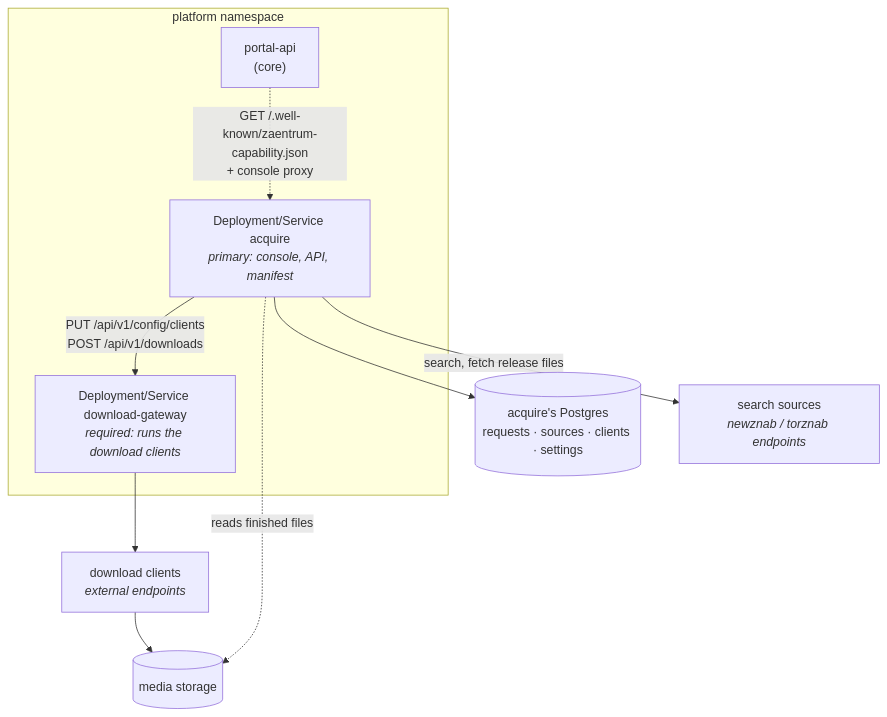
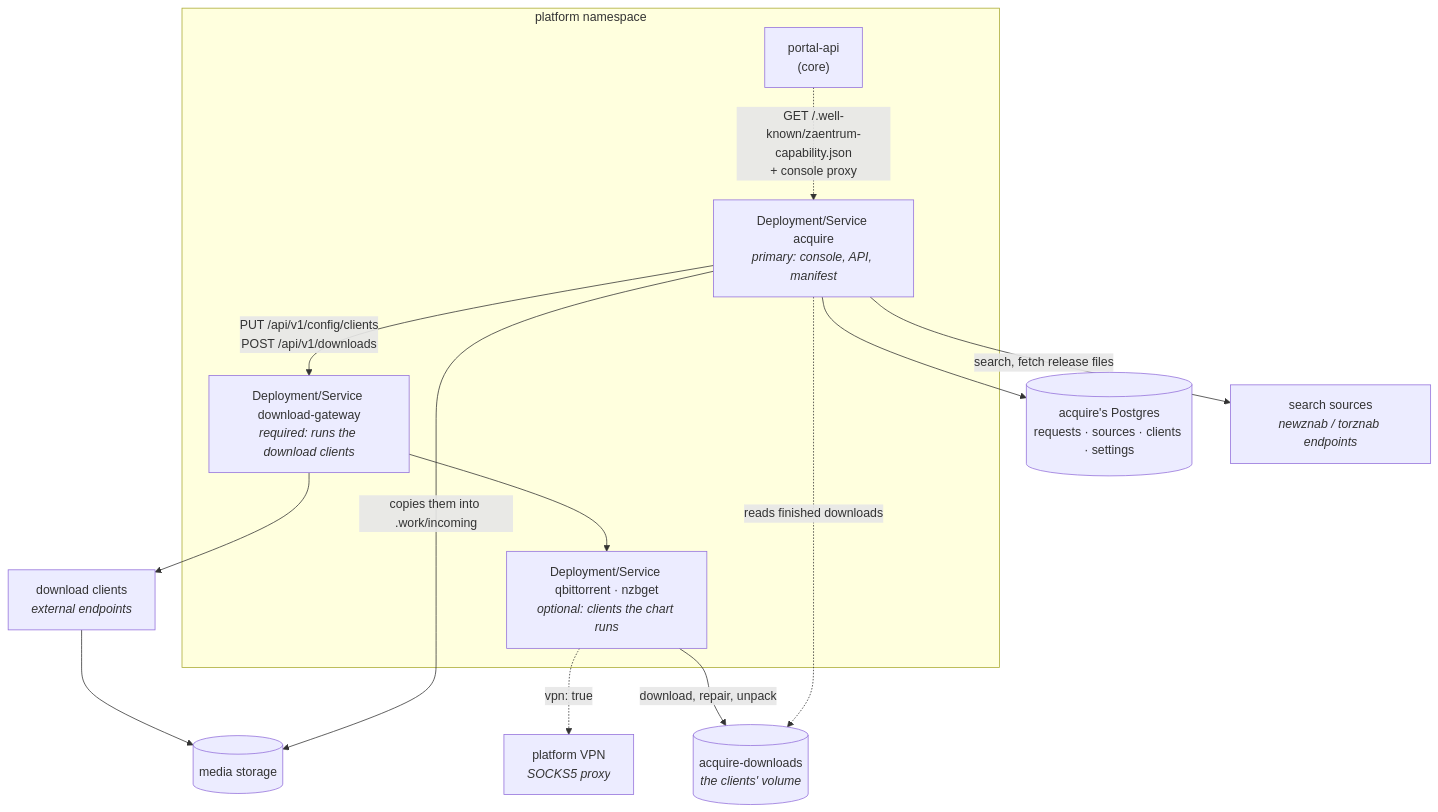
One commit to laedeli/acquire changed the diagram in docs/deploying.md. Above: the diagram before and after it, drawn with Mermaid. The commit also changed other lines of this file and 3 other files, not shown here.

````diff
--- a/docs/deploying.md
+++ b/docs/deploying.md
@@ -17,20 +21,27 @@
 ```mermaid
 flowchart TB
     subgraph ns["platform namespace"]
         ACQ["Deployment/Service acquire<br/><i>primary: console, API, manifest</i>"]
         GW["Deployment/Service download-gateway<br/><i>required: runs the download clients</i>"]
+        QB["Deployment/Service qbittorrent · nzbget<br/><i>optional: clients the chart runs</i>"]
         PAPI["portal-api<br/>(core)"]
     end
     DB[("acquire's Postgres<br/>requests · sources · clients · settings")]
     SRC["search sources<br/><i>newznab / torznab endpoints</i>"]
     DC["download clients<br/><i>external endpoints</i>"]
+    VPN["platform VPN<br/><i>SOCKS5 proxy</i>"]
+    DL[("acquire-downloads<br/><i>the clients' volume</i>")]
     MEDIA[("media storage")]
 
     PAPI -.->|"GET /.well-known/zaentrum-capability.json<br/>+ console proxy"| ACQ
     ACQ --> DB
     ACQ -->|"search, fetch release files"| SRC
     ACQ -->|"PUT /api/v1/config/clients<br/>POST /api/v1/downloads"| GW
     GW --> DC
+    GW --> QB
+    QB -.->|"vpn: true"| VPN
     DC --> MEDIA
-    ACQ -.->|"reads finished files"| MEDIA
+    QB -->|"download, repair, unpack"| DL
+    ACQ -.->|"reads finished downloads"| DL
+    ACQ -->|"copies them into .work/incoming"| MEDIA
 ```
````
